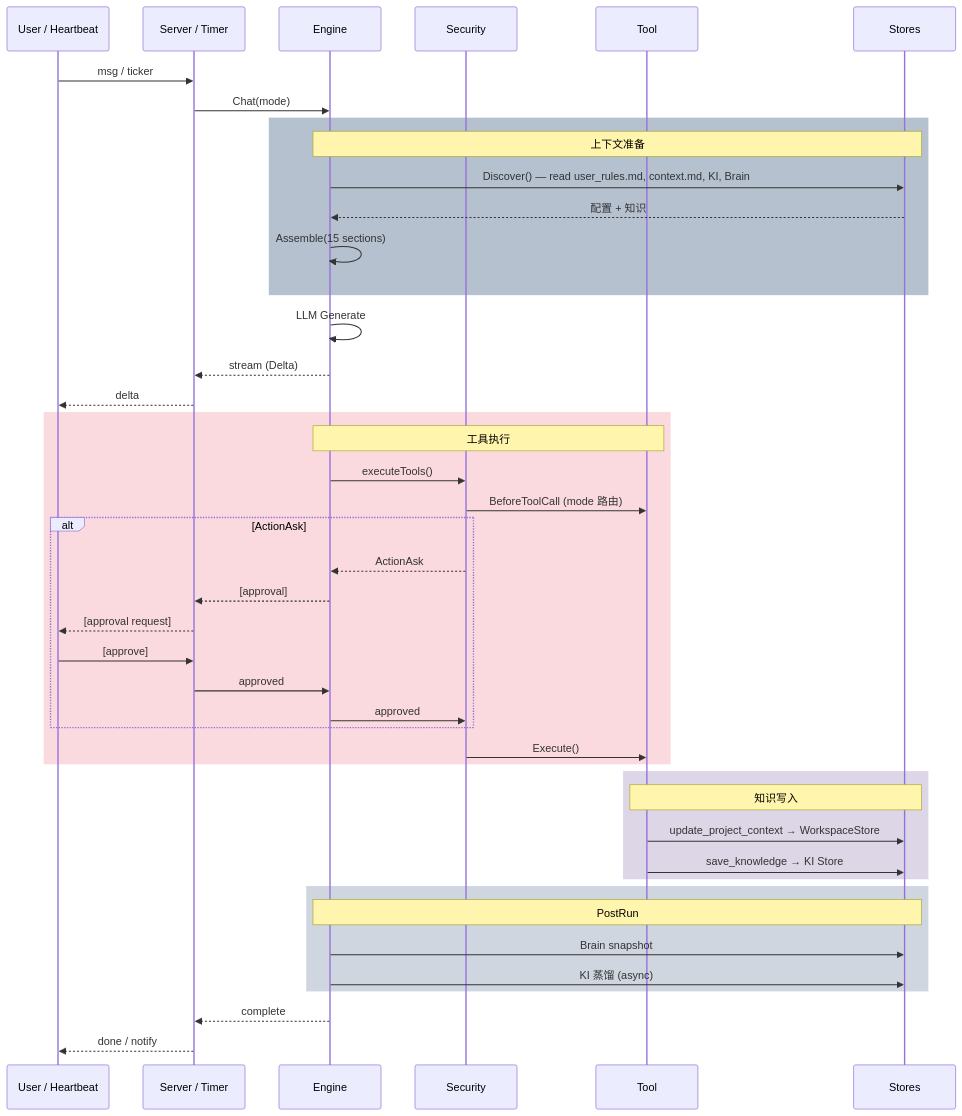
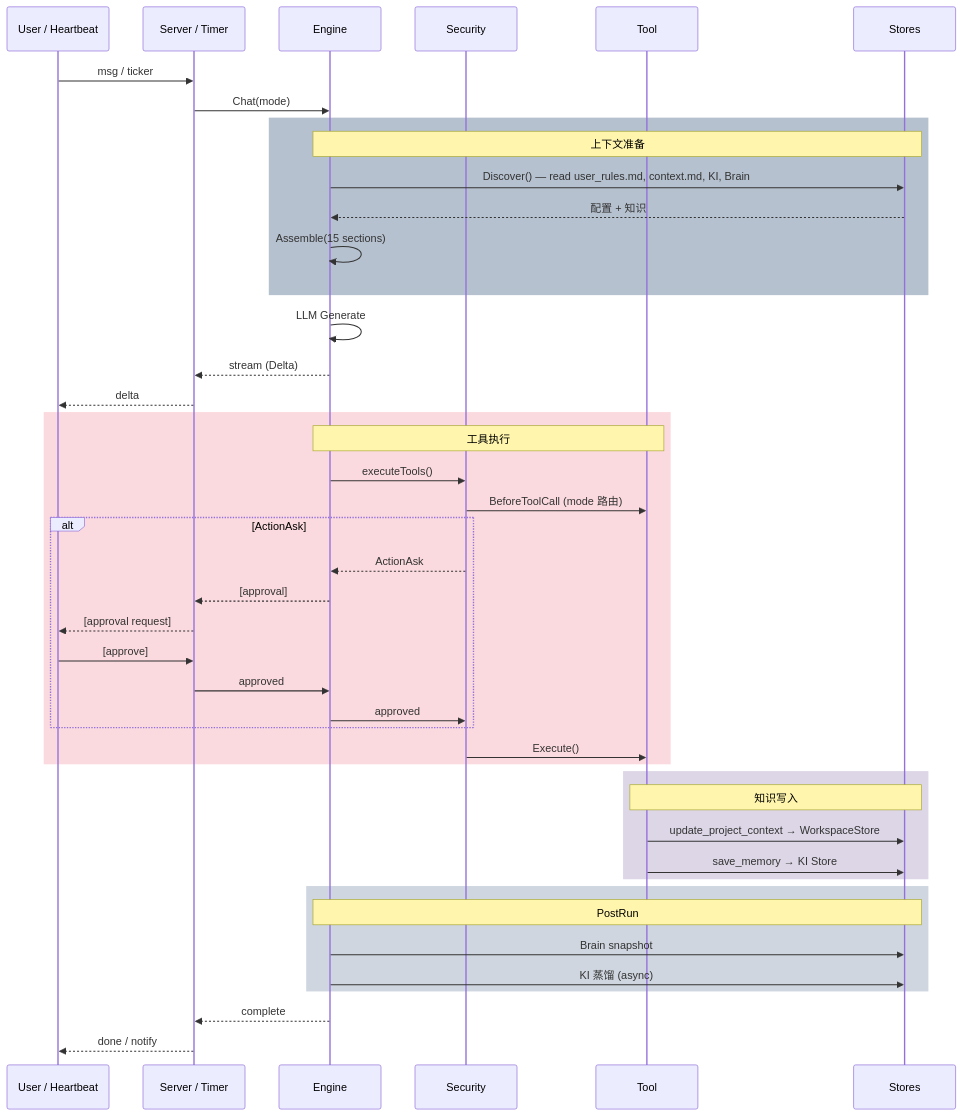
Before and after one commit to None9527/NGOAgent: the sixth of 6 diagrams in docs/design.md, drawn with Mermaid. The commit also changed 27 other files, not shown here.

````diff
--- a/docs/design.md
+++ b/docs/design.md
@@ -1929,55 +1929,55 @@
 ```mermaid
 sequenceDiagram
     participant U as User / Heartbeat
     participant S as Server / Timer
     participant E as Engine
     participant Sec as Security
     participant T as Tool
     participant St as Stores
 
     U->>S: msg / ticker
     S->>E: Chat(mode)
 
     rect rgba(15, 52, 96, 0.3)
         Note over E,St: 上下文准备
         E->>St: Discover() — read user_rules.md, context.md, KI, Brain
         St-->>E: 配置 + 知识
         E->>E: Assemble(15 sections)
     end
 
     E->>E: LLM Generate
     E-->>S: stream (Delta)
     S-->>U: delta
 
     rect rgba(233, 69, 96, 0.2)
         Note over E,T: 工具执行
         E->>Sec: executeTools()
         Sec->>T: BeforeToolCall (mode 路由)
 
         alt ActionAsk
             Sec-->>E: ActionAsk
             E-->>S: [approval]
             S-->>U: [approval request]
             U->>S: [approve]
             S->>E: approved
             E->>Sec: approved
         end
 
         Sec->>T: Execute()
     end
 
     rect rgba(83, 52, 131, 0.2)
         Note over T,St: 知识写入
         T->>St: update_project_context → WorkspaceStore
-        T->>St: save_knowledge → KI Store
+        T->>St: save_memory → KI Store
     end
 
     rect rgba(15, 52, 96, 0.2)
         Note over E,St: PostRun
         E->>St: Brain snapshot
         E->>St: KI 蒸馏 (async)
     end
 
     E-->>S: complete
     S-->>U: done / notify
 ```
````
